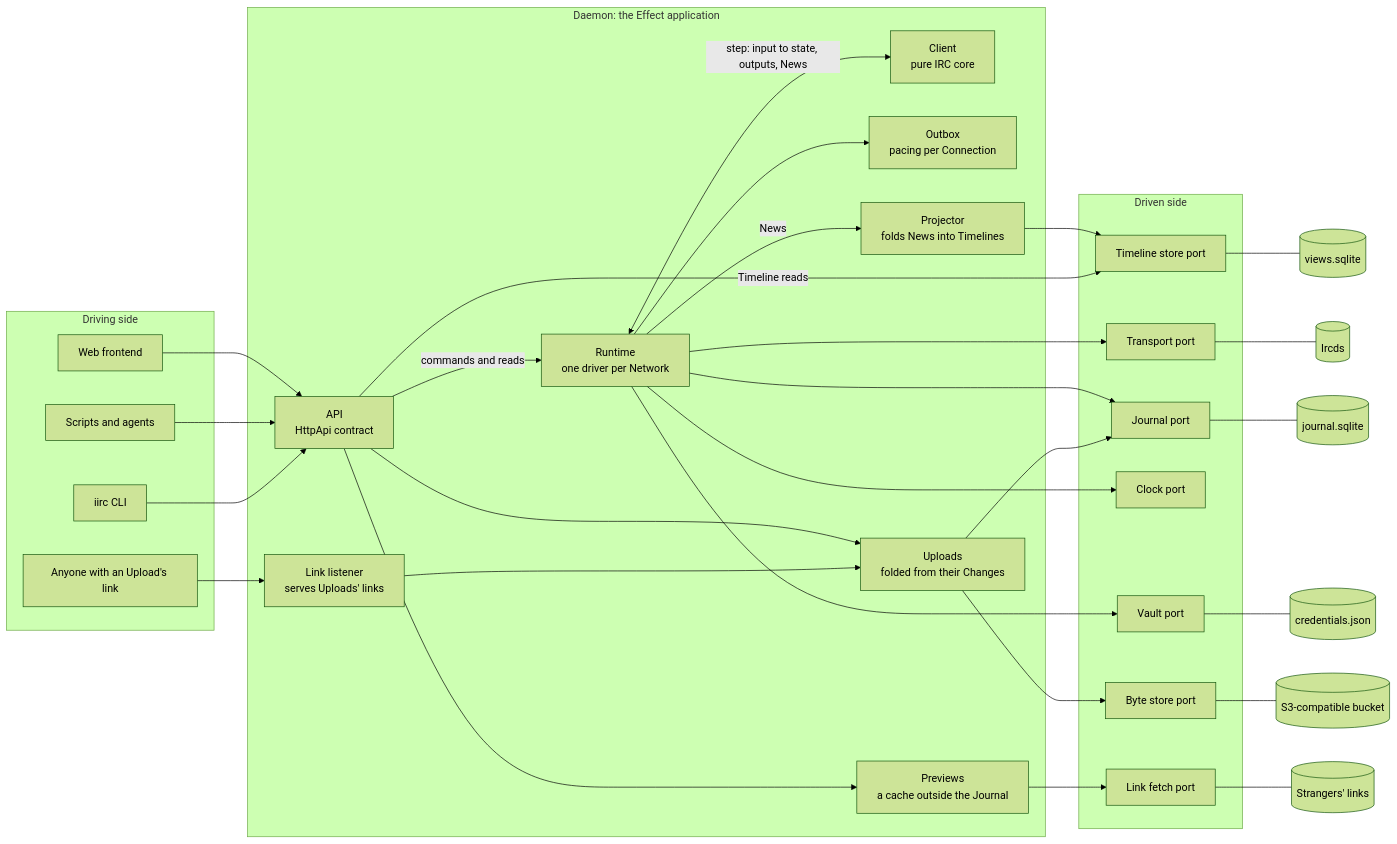
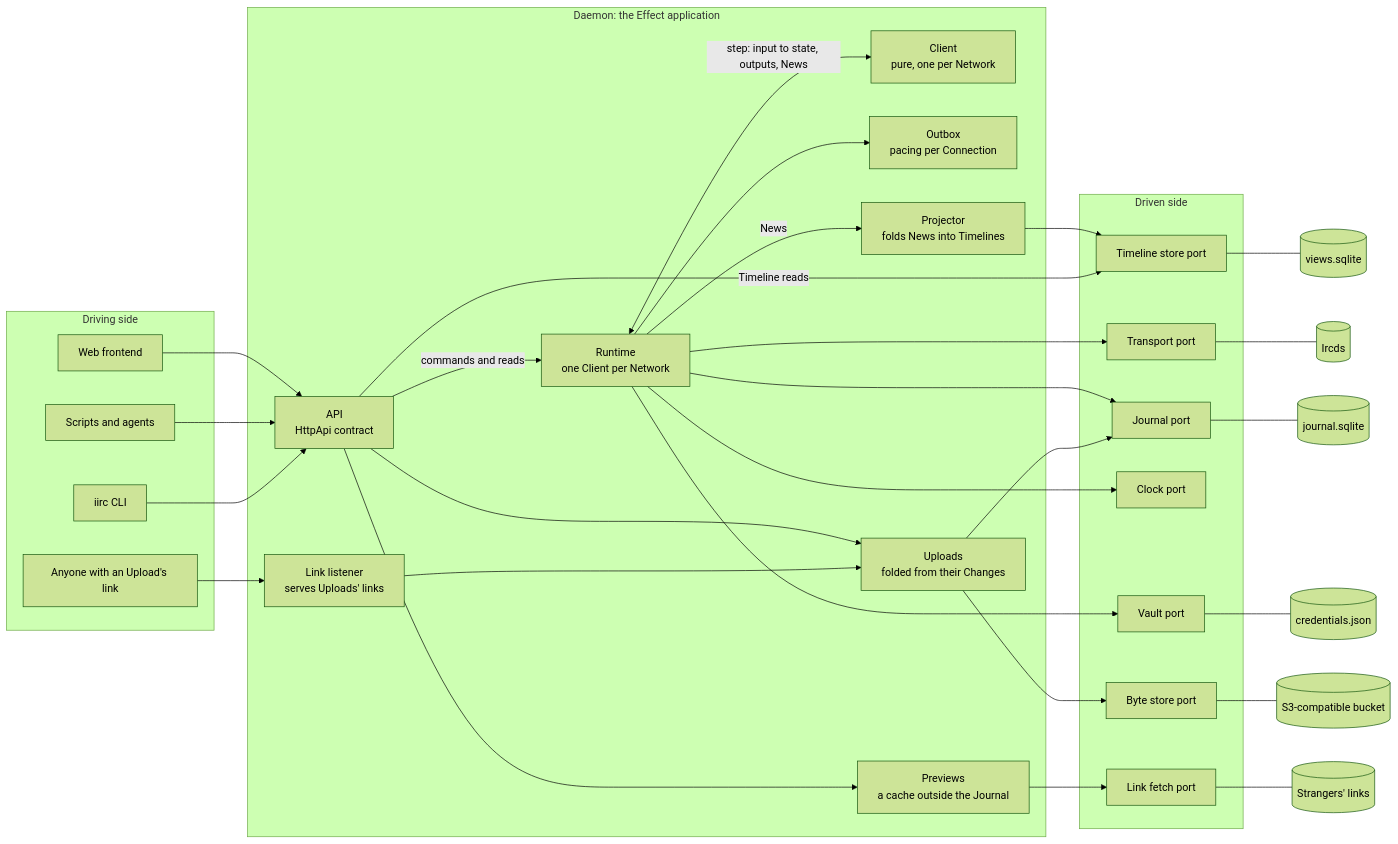
The first of 2 diagrams in ARCHITECTURE.md (deankerr/iirc), drawn with Mermaid (forest theme) before and after one commit. The commit also changed 2 other files, not shown here.

Commit message:
Answer the Verifier: Store, Change, Key, the diagram's names, and stripping

````diff
--- a/ARCHITECTURE.md
+++ b/ARCHITECTURE.md
@@ -13,50 +13,50 @@
 ```mermaid
 flowchart LR
   subgraph driving["Driving side"]
     web["Web frontend"]
     agent["Scripts and agents"]
     cli["iirc CLI"]
     public["Anyone with an Upload's link"]
   end
 
   subgraph hexagon["Daemon: the Effect application"]
     api["API<br/>HttpApi contract"]
     linkl["Link listener<br/>serves Uploads' links"]
-    runtime["Runtime<br/>one driver per Network"]
-    client["Client<br/>pure IRC core"]
+    runtime["Runtime<br/>one Client per Network"]
+    client["Client<br/>pure, one per Network"]
     outbox["Outbox<br/>pacing per Connection"]
     projector["Projector<br/>folds News into Timelines"]
     uploads["Uploads<br/>folded from their Changes"]
     previews["Previews<br/>a cache outside the Journal"]
     api -->|"commands and reads"| runtime
     runtime <-->|"step: input to state, outputs, News"| client
     runtime --> outbox
     runtime -->|"News"| projector
     api --> uploads & previews
     linkl --> uploads
   end
 
   subgraph driven["Driven side"]
     transport["Transport port"]
     journal["Journal port"]
     vault["Vault port"]
     clock["Clock port"]
     timelines["Timeline store port"]
     bytes["Byte store port"]
     fetch["Link fetch port"]
   end
 
   web & agent & cli --> api
   public --> linkl
   runtime --> transport & journal & vault & clock
   projector --> timelines
   api -->|"Timeline reads"| timelines
   uploads --> journal & bytes
   previews --> fetch
   transport --- ircd[("Ircds")]
   journal --- sqlite[("journal.sqlite")]
   vault --- store[("credentials.json")]
   timelines --- views[("views.sqlite")]
   bytes --- bucket[("S3-compatible bucket")]
   fetch --- internet[("Strangers' links")]
 ```
````
